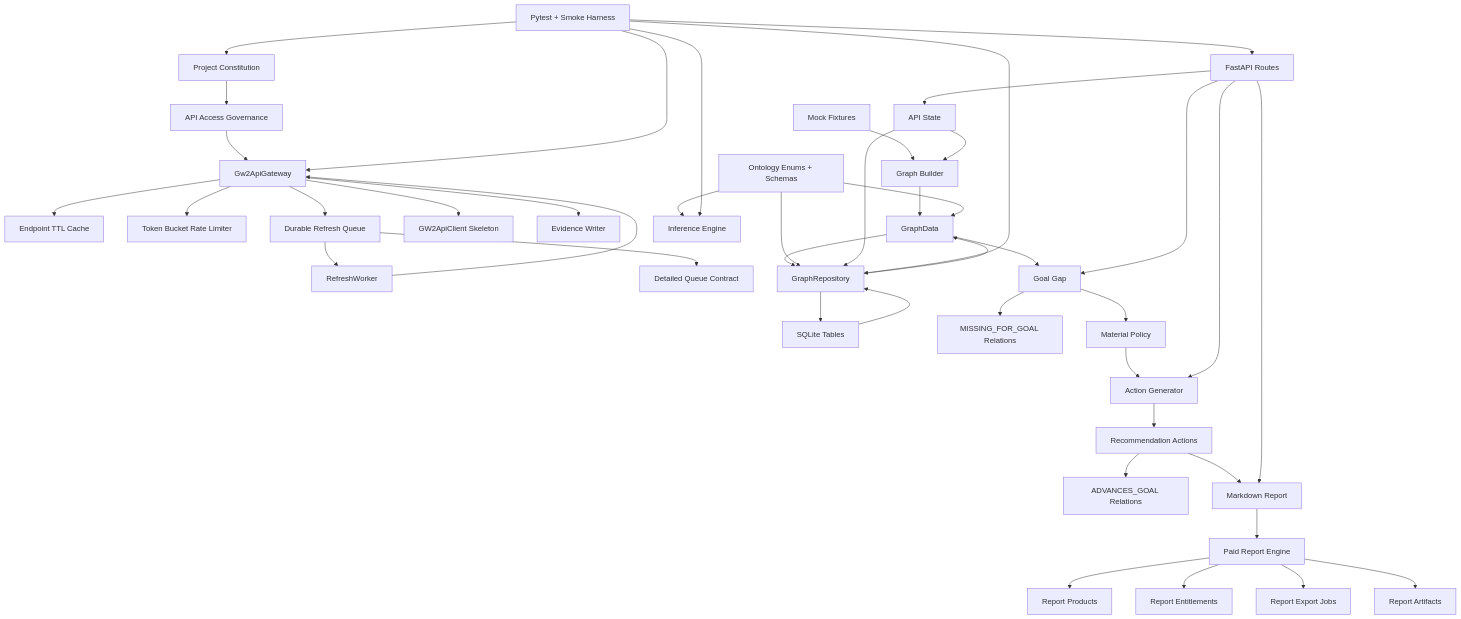
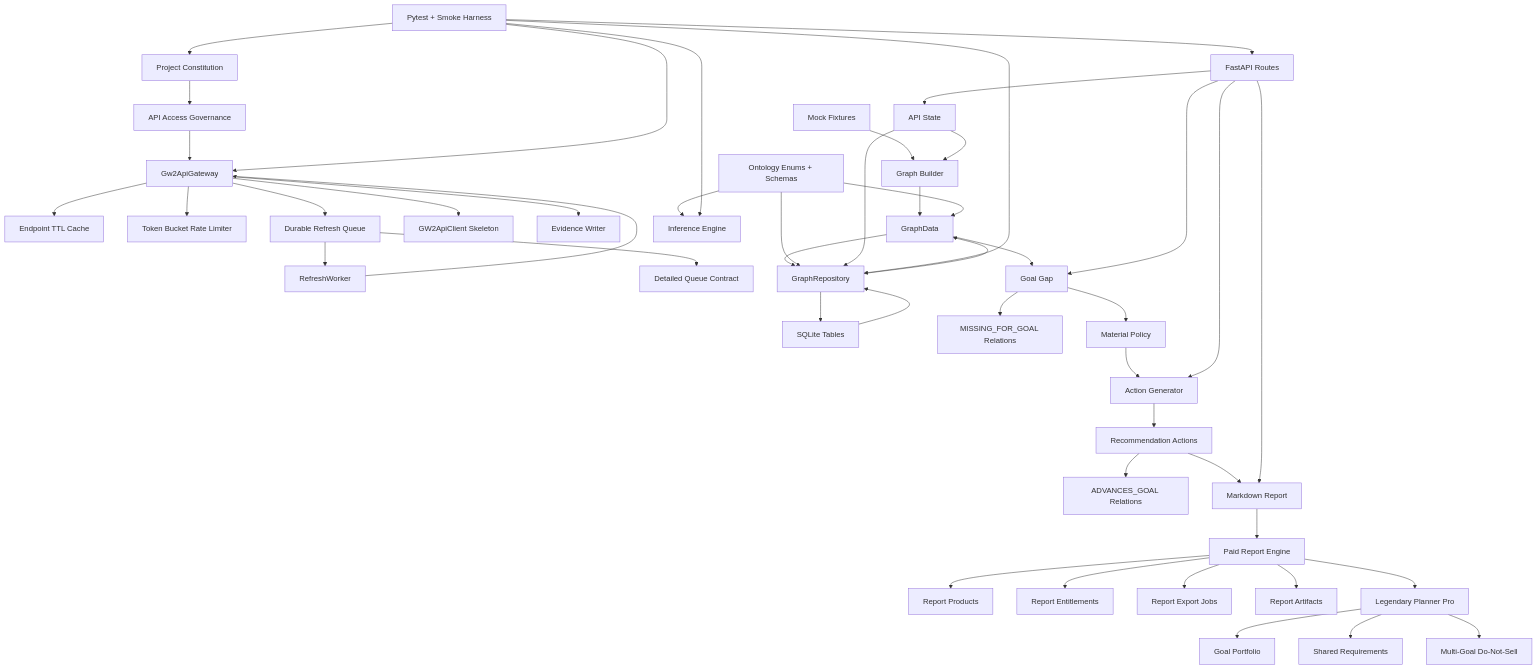
The diagram in docs/analysis/CODE_SPECTRUM_AND_SEMANTIC_GRAPH.md (johnslee1207-commits/gw2radar), drawn with Mermaid before and after one commit. The commit also changed other lines of this file and 21 other files, not shown here.

Commit message:
Add legendary planner pro

````diff
--- a/docs/analysis/CODE_SPECTRUM_AND_SEMANTIC_GRAPH.md
+++ b/docs/analysis/CODE_SPECTRUM_AND_SEMANTIC_GRAPH.md
@@ -59,50 +59,54 @@
 ```mermaid
 flowchart TD
   Constitution["Project Constitution"] --> Governance["API Access Governance"]
   Governance --> Gateway["Gw2ApiGateway"]
   Gateway --> Cache["Endpoint TTL Cache"]
   Gateway --> Limiter["Token Bucket Rate Limiter"]
   Gateway --> Queue["Durable Refresh Queue"]
   Gateway --> Client["GW2ApiClient Skeleton"]
   Gateway --> EvidenceWriter["Evidence Writer"]
   Queue --> RefreshWorker["RefreshWorker"]
   Queue --> QueueContract["Detailed Queue Contract"]
   RefreshWorker --> Gateway
 
   Fixtures["Mock Fixtures"] --> GraphBuilder["Graph Builder"]
   GraphBuilder --> GraphData["GraphData"]
   GraphData --> Repository["GraphRepository"]
   Repository --> SQLite["SQLite Tables"]
   SQLite --> Repository
   Repository --> GraphData
 
   Ontology["Ontology Enums + Schemas"] --> GraphData
   Ontology --> Repository
   Ontology --> Inference["Inference Engine"]
 
   GraphData --> GoalGap["Goal Gap"]
   GoalGap --> MissingRelations["MISSING_FOR_GOAL Relations"]
   GoalGap --> MaterialPolicy["Material Policy"]
   MaterialPolicy --> ActionGen["Action Generator"]
   ActionGen --> Actions["Recommendation Actions"]
   Actions --> AdvancesRelations["ADVANCES_GOAL Relations"]
   Actions --> Report["Markdown Report"]
   Report --> PaidReportEngine["Paid Report Engine"]
   PaidReportEngine --> Products["Report Products"]
   PaidReportEngine --> Entitlements["Report Entitlements"]
   PaidReportEngine --> Jobs["Report Export Jobs"]
   PaidReportEngine --> Artifacts["Report Artifacts"]
+  PaidReportEngine --> LegendaryPlanner["Legendary Planner Pro"]
+  LegendaryPlanner --> Portfolio["Goal Portfolio"]
+  LegendaryPlanner --> SharedReq["Shared Requirements"]
+  LegendaryPlanner --> MultiGoalDNS["Multi-Goal Do-Not-Sell"]
 
   API["FastAPI Routes"] --> GraphState["API State"]
   GraphState --> Repository
   GraphState --> GraphBuilder
   API --> GoalGap
   API --> ActionGen
   API --> Report
 
   Tests["Pytest + Smoke Harness"] --> API
   Tests --> Inference
   Tests --> Gateway
   Tests --> Repository
   Tests --> Constitution
 ```
````
